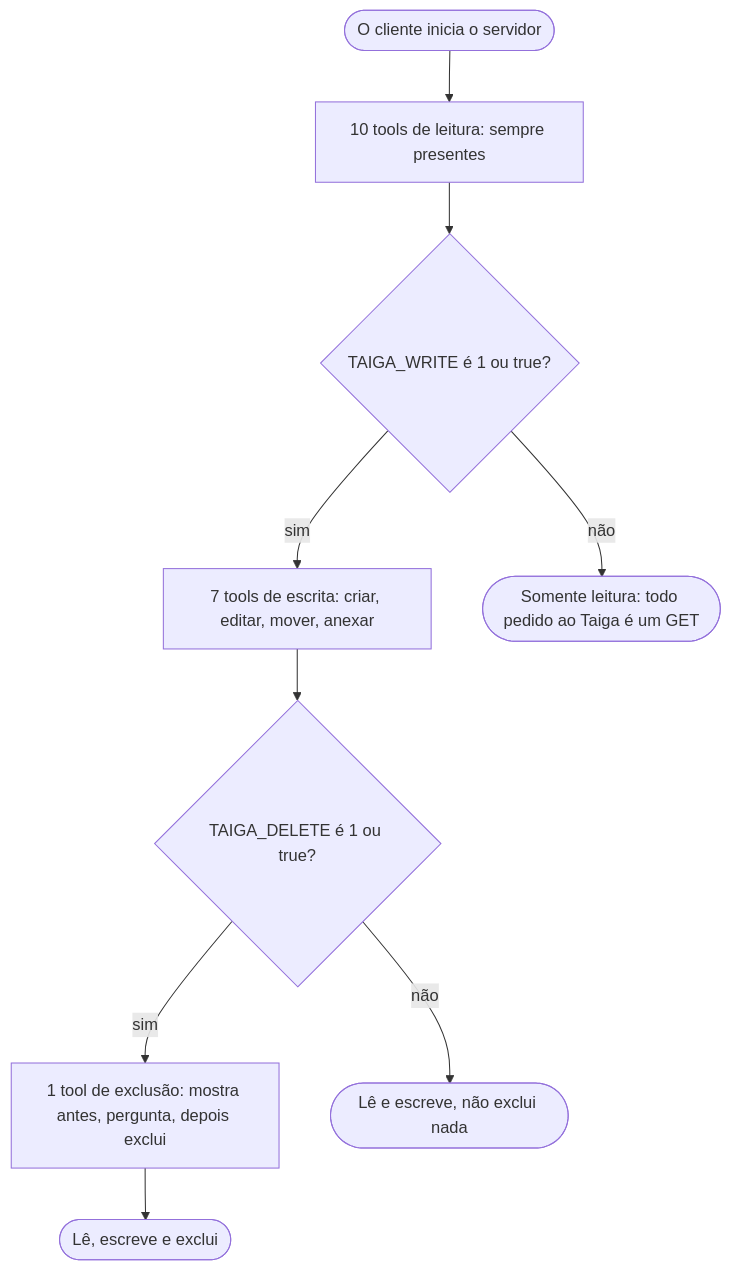
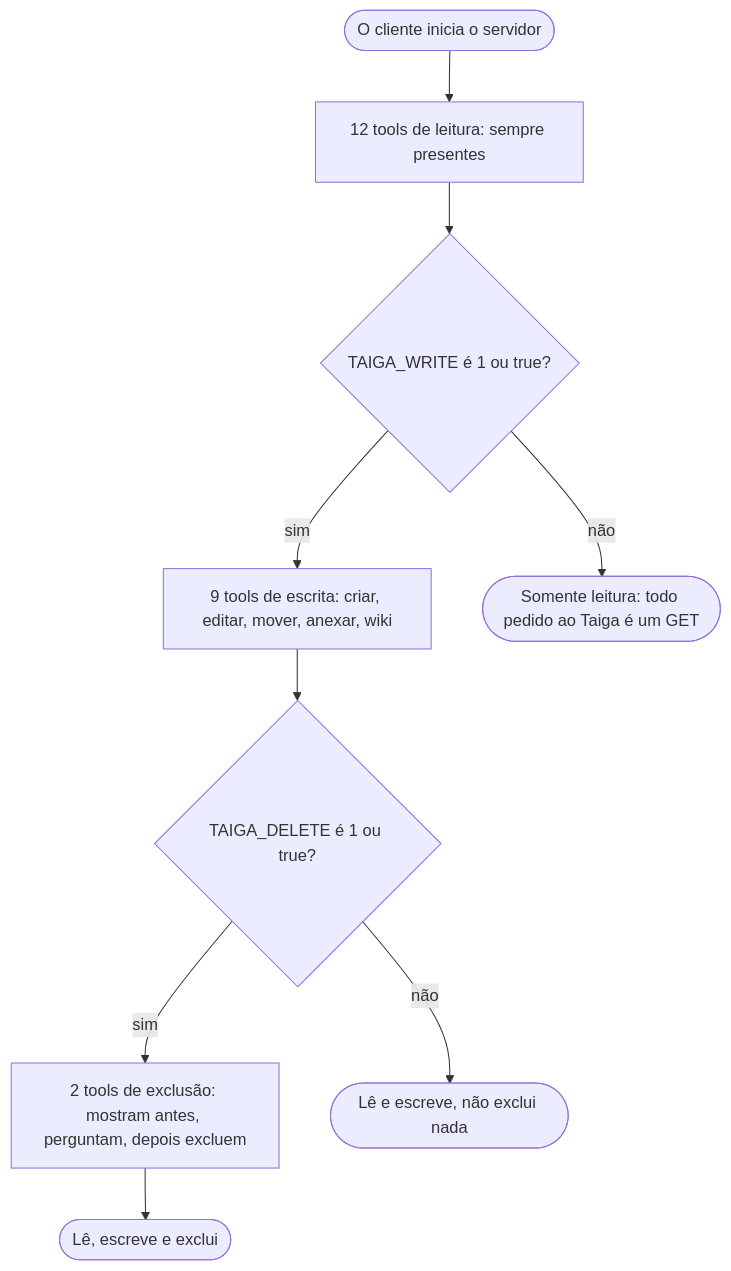
One commit to CamposCodes/taiga-r2da-mcp changed the first of 2 diagrams in docs/readme.pt-br.md. Above: the diagram before and after it, drawn with Mermaid. The commit also changed other lines of this file and 11 other files, not shown here.

Commit message:
feat: read, create, edit and delete the wiki pages of a project

````diff
--- a/docs/readme.pt-br.md
+++ b/docs/readme.pt-br.md
@@ -296,20 +296,20 @@
 ```mermaid
 flowchart TD
     start(["O cliente inicia o servidor"])
-    read["10 tools de leitura: sempre presentes"]
+    read["12 tools de leitura: sempre presentes"]
     w{"TAIGA_WRITE é 1 ou true?"}
-    write["7 tools de escrita: criar, editar, mover, anexar"]
+    write["9 tools de escrita: criar, editar, mover, anexar, wiki"]
     d{"TAIGA_DELETE é 1 ou true?"}
-    del["1 tool de exclusão: mostra antes, pergunta, depois exclui"]
+    del["2 tools de exclusão: mostram antes, perguntam, depois excluem"]
     ro(["Somente leitura: todo pedido ao Taiga é um GET"])
     rw(["Lê e escreve, não exclui nada"])
     all(["Lê, escreve e exclui"])
     start --> read
     read --> w
     w -->|"não"| ro
     w -->|"sim"| write
     write --> d
     d -->|"não"| rw
     d -->|"sim"| del
     del --> all
 ```
````
